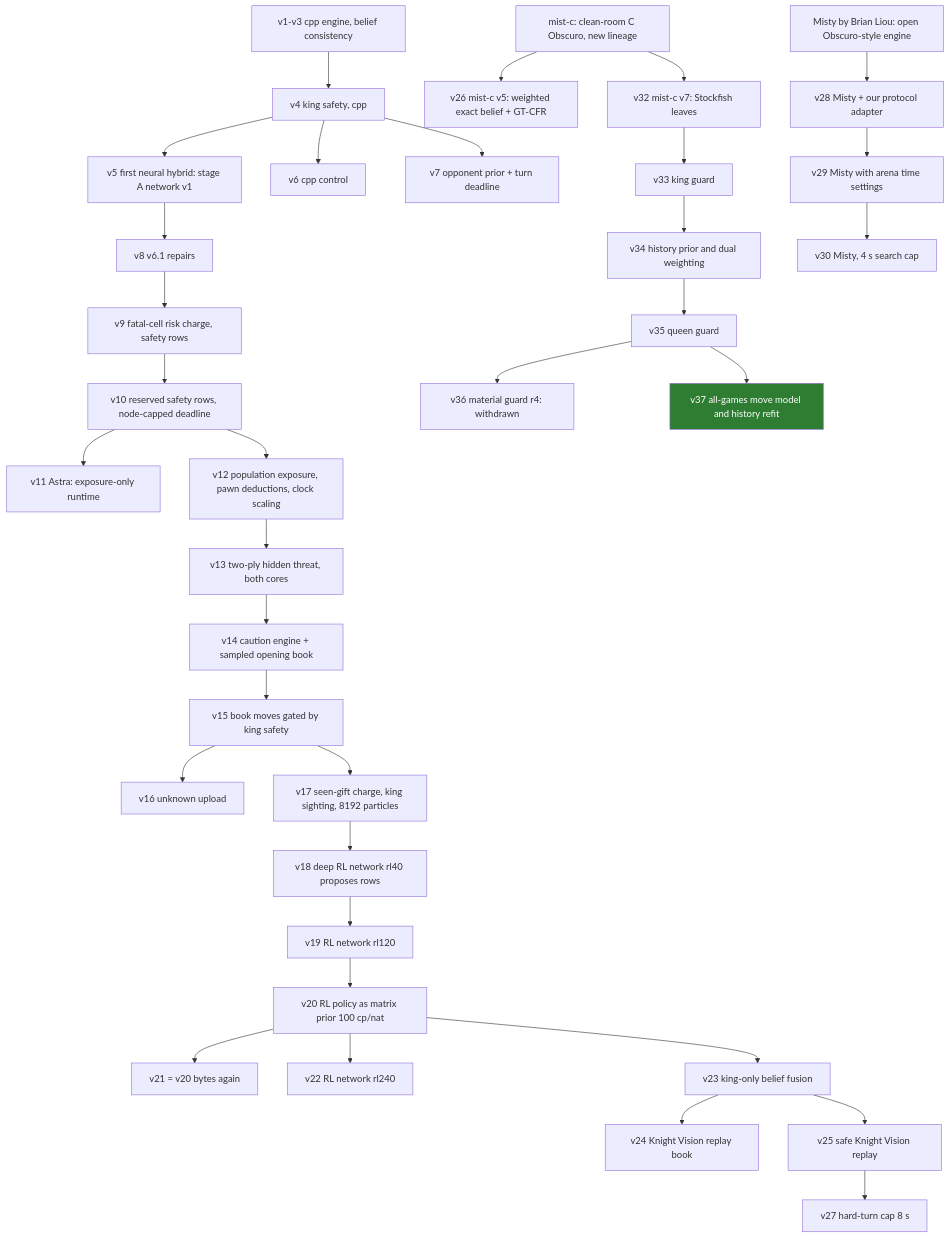
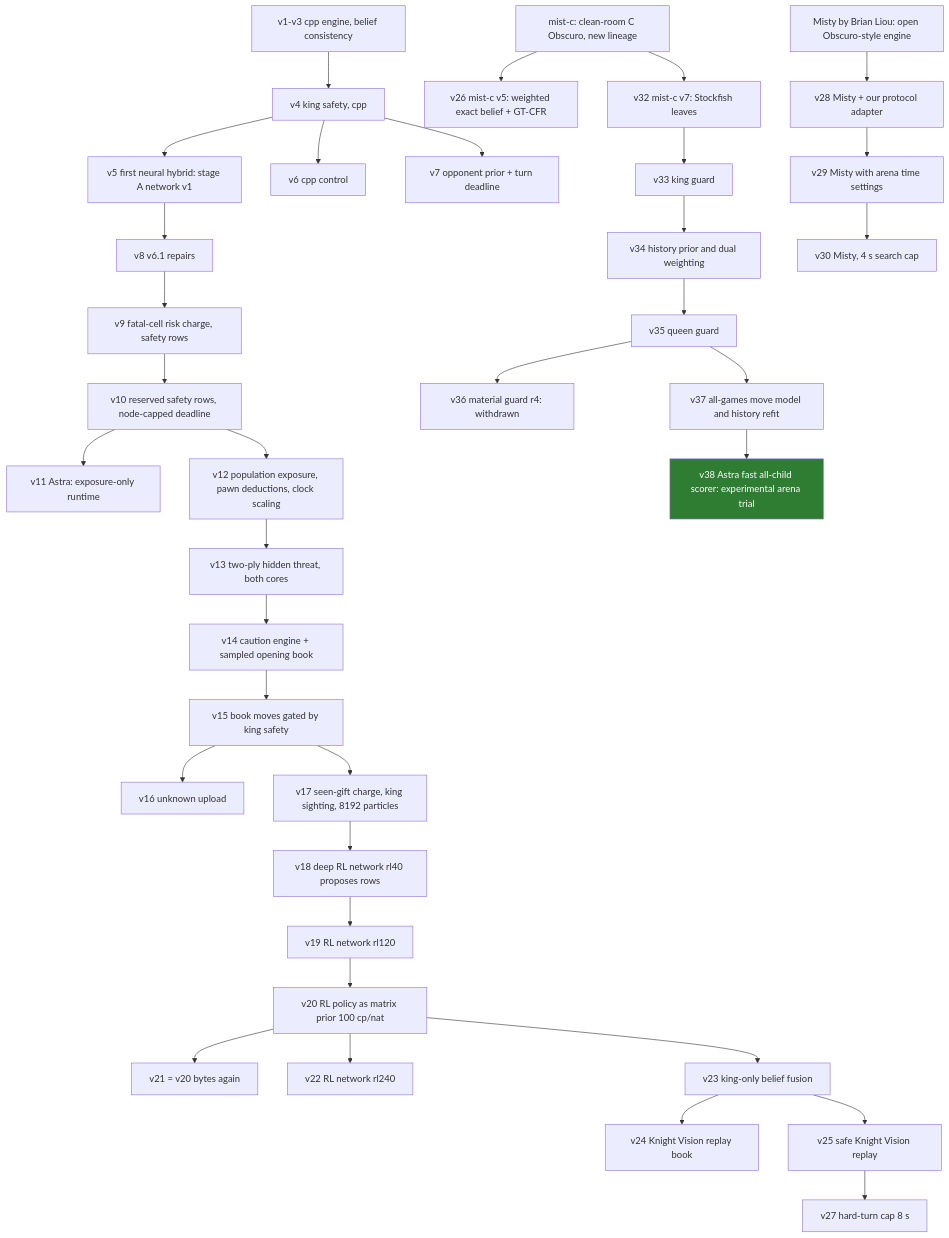
The diagram in MUTATIONS.md (htansetiawan/iamavirus), drawn with Mermaid before and after one commit. The commit also changed other lines of this file and 53 other files, not shown here.

Commit message:
Publish exact experimental v38 and audit its first 300 arena games

````diff
--- a/MUTATIONS.md
+++ b/MUTATIONS.md
@@ -20,35 +20,36 @@
 ```mermaid
 flowchart TD
   v1[v1-v3 cpp engine, belief consistency] --> v4[v4 king safety, cpp]
   v4 --> v5[v5 first neural hybrid: stage A network v1]
   v4 --> v6[v6 cpp control]
   v4 --> v7[v7 opponent prior + turn deadline]
   v5 --> v8[v8 v6.1 repairs] --> v9[v9 fatal-cell risk charge, safety rows] --> v10[v10 reserved safety rows, node-capped deadline]
   v10 --> v11[v11 Astra: exposure-only runtime]
   v10 --> v12[v12 population exposure, pawn deductions, clock scaling]
   v12 --> v13[v13 two-ply hidden threat, both cores]
   v13 --> v14[v14 caution engine + sampled opening book]
   v14 --> v15[v15 book moves gated by king safety]
   v15 --> v16[v16 unknown upload]
   v15 --> v17[v17 seen-gift charge, king sighting, 8192 particles]
   v17 --> v18[v18 deep RL network rl40 proposes rows]
   v18 --> v19[v19 RL network rl120]
   v19 --> v20[v20 RL policy as matrix prior 100 cp/nat]
   v20 --> v21[v21 = v20 bytes again]
   v20 --> v22[v22 RL network rl240]
   v20 --> v23[v23 king-only belief fusion]
   v23 --> v24[v24 Knight Vision replay book]
   v23 --> v25[v25 safe Knight Vision replay]
   mc[mist-c: clean-room C Obscuro, new lineage] --> v26[v26 mist-c v5: weighted exact belief + GT-CFR]
   v25 --> v27[v27 hard-turn cap 8 s]
   misty[Misty by Brian Liou: open Obscuro-style engine] --> v28[v28 Misty + our protocol adapter]
   v28 --> v29[v29 Misty with arena time settings]
   v29 --> v30[v30 Misty, 4 s search cap]
   mc --> v32[v32 mist-c v7: Stockfish leaves]
   v32 --> v33[v33 king guard] --> v34[v34 history prior and dual weighting] --> v35[v35 queen guard]
   v35 --> v36[v36 material guard r4: withdrawn]
   v35 --> v37[v37 all-games move model and history refit]
+  v37 --> v38[v38 Astra fast all-child scorer: experimental arena trial]
   classDef alive fill:#2e7d32,color:#fff;
   classDef cand fill:#f9a825,color:#000;
-  class v37 alive;
+  class v38 alive;
 ```
````
